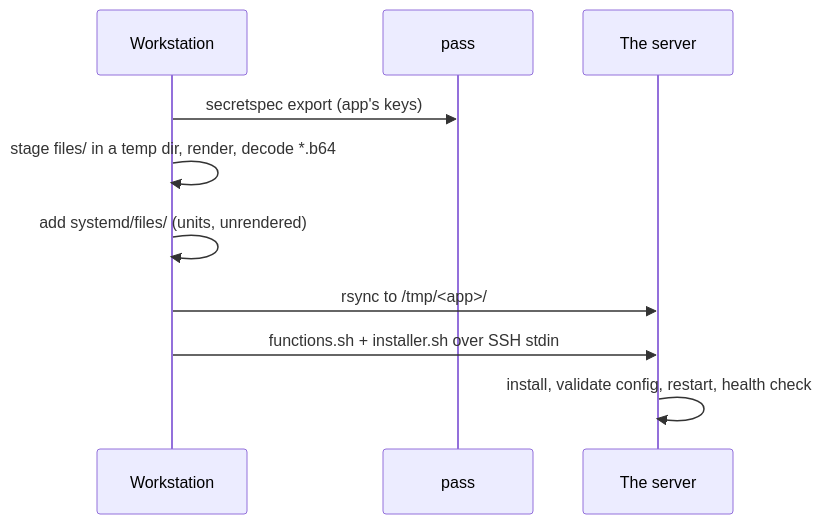
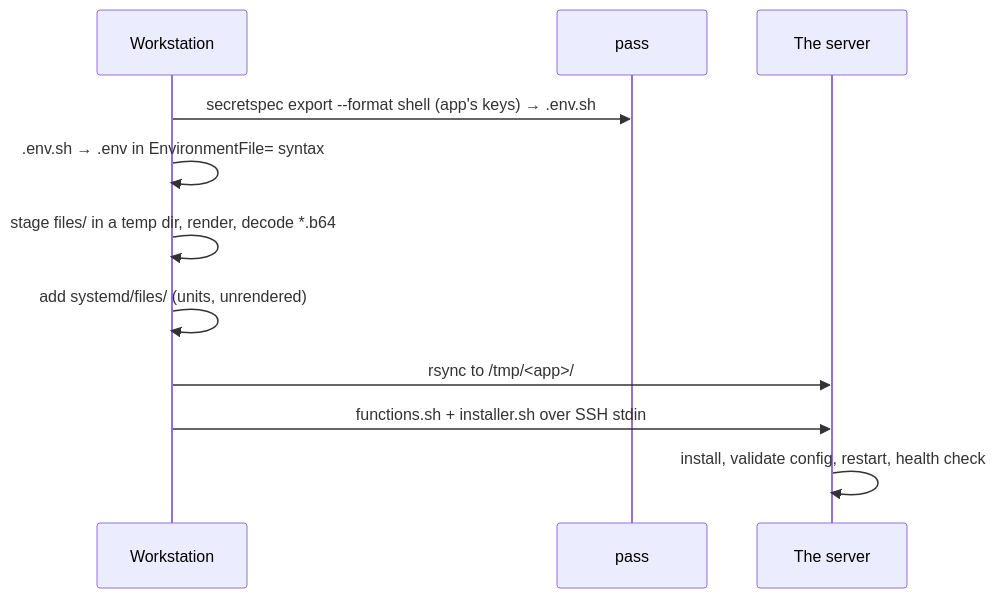
Before and after one commit to rafi/machines: the fifth of 5 diagrams in docs/architecture.md, drawn with Mermaid. The commit also changed other lines of this file and 7 other files, not shown here.

First line of the commit message:
fix(deploy): write env files in each reader's syntax

````diff
--- a/docs/architecture.md
+++ b/docs/architecture.md
@@ -167,12 +167,13 @@
 ```mermaid
 sequenceDiagram
   participant W as Workstation
   participant P as pass
   participant S as The server
-  W->>P: secretspec export (app's keys)
+  W->>P: secretspec export --format shell (app's keys) → .env.sh
+  W->>W: .env.sh → .env in EnvironmentFile= syntax
   W->>W: stage files/ in a temp dir, render, decode *.b64
   W->>W: add systemd/files/ (units, unrendered)
   W->>S: rsync to /tmp/<app>/
   W->>S: functions.sh + installer.sh over SSH stdin
   S->>S: install, validate config, restart, health check
 ```
````
